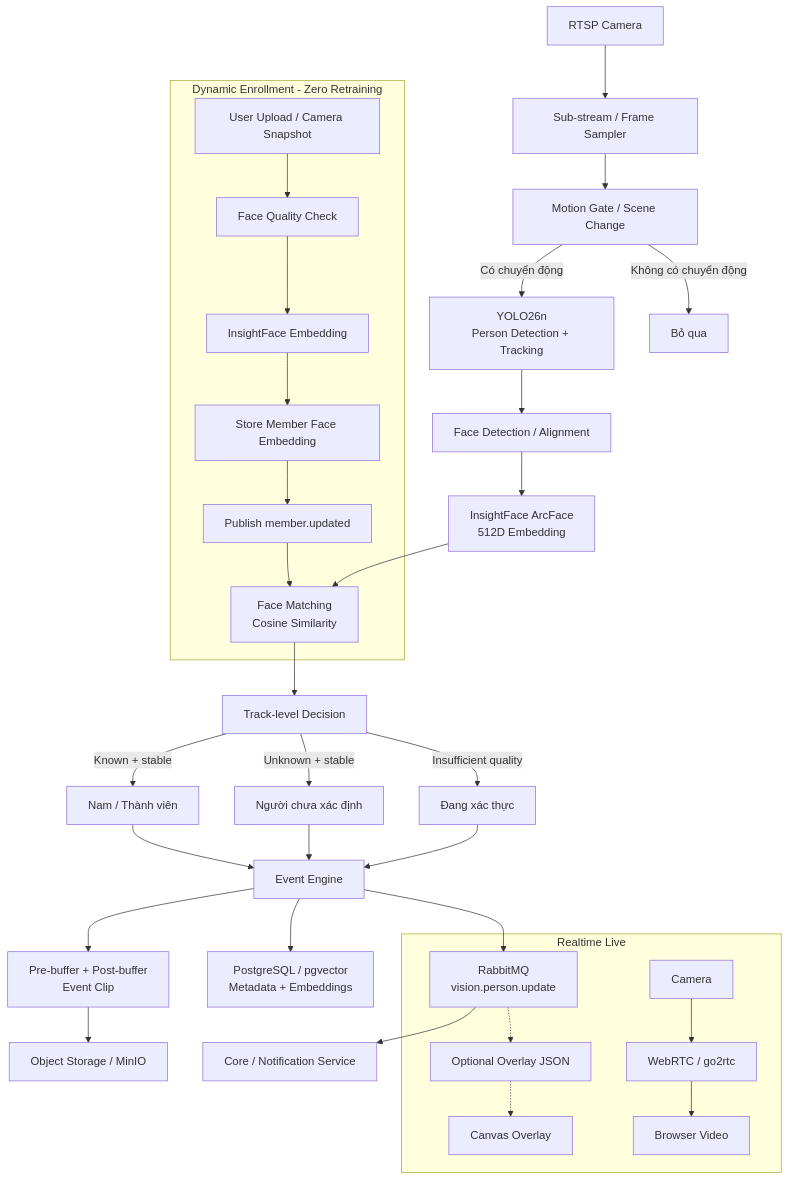
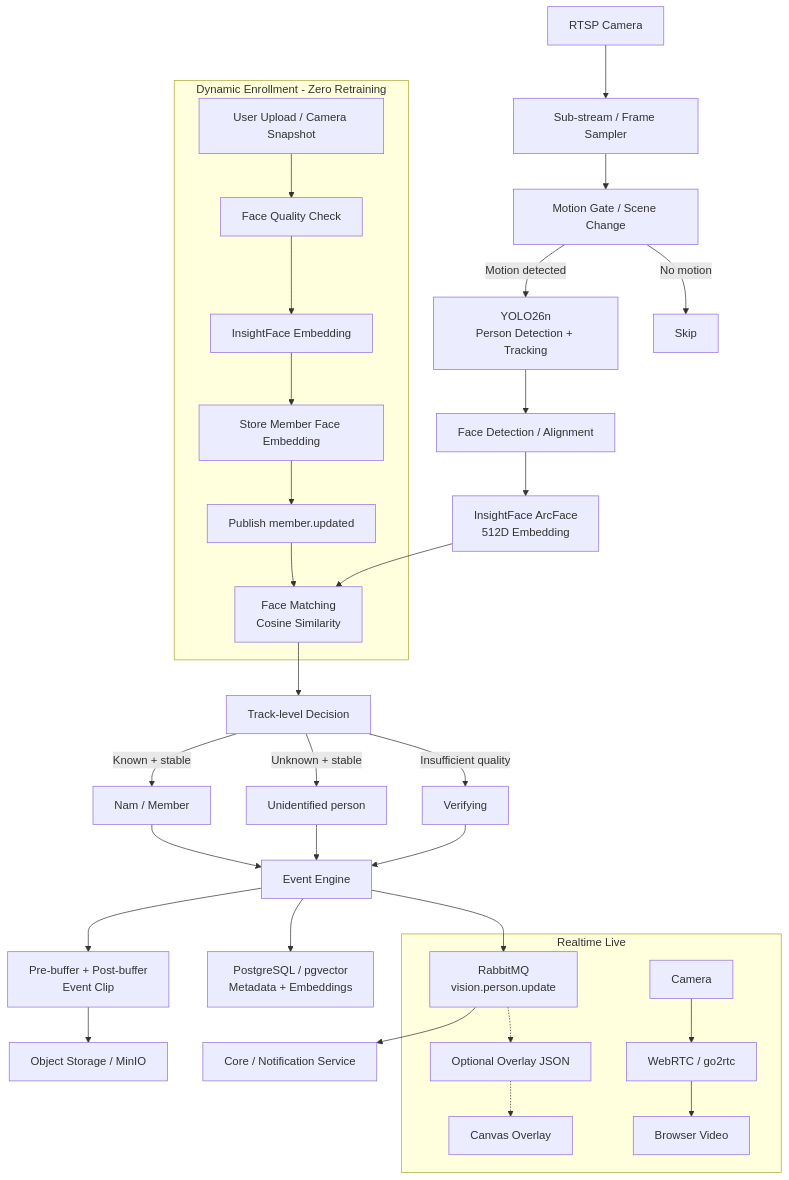
Before and after one commit to HubSight/hubsight: the diagram in docs/FACE_RECOGNITION_INSIGHTFACE_PLAN_REVISED.md, drawn with Mermaid. The commit also changed other lines of this file and 11 other files, not shown here.

````diff
--- a/docs/FACE_RECOGNITION_INSIGHTFACE_PLAN_REVISED.md
+++ b/docs/FACE_RECOGNITION_INSIGHTFACE_PLAN_REVISED.md
@@ -27,39 +27,39 @@
 ```mermaid
 flowchart TD
     A["RTSP Camera"] --> B["Sub-stream / Frame Sampler"]
     B --> C["Motion Gate / Scene Change"]
-    C -->|Có chuyển động| D["YOLO26n\nPerson Detection + Tracking"]
-    C -->|Không có chuyển động| X["Bỏ qua"]
+    C -->|Motion detected| D["YOLO26n\nPerson Detection + Tracking"]
+    C -->|No motion| X["Skip"]
 
     D --> E["Face Detection / Alignment"]
     E --> F["InsightFace ArcFace\n512D Embedding"]
     F --> G["Face Matching\nCosine Similarity"]
     G --> H["Track-level Decision"]
 
-    H -->|Known + stable| I["Nam / Thành viên"]
-    H -->|Unknown + stable| J["Người chưa xác định"]
-    H -->|Insufficient quality| K["Đang xác thực"]
+    H -->|Known + stable| I["Nam / Member"]
+    H -->|Unknown + stable| J["Unidentified person"]
+    H -->|Insufficient quality| K["Verifying"]
 
     I & J & K --> L["Event Engine"]
     L --> M["Pre-buffer + Post-buffer\nEvent Clip"]
     M --> N["Object Storage / MinIO"]
     L --> O["PostgreSQL / pgvector\nMetadata + Embeddings"]
     L --> P["RabbitMQ\nvision.person.update"]
 
     P --> Q["Core / Notification Service"]
 
     subgraph Enrollment["Dynamic Enrollment - Zero Retraining"]
         R["User Upload / Camera Snapshot"] --> S["Face Quality Check"]
         S --> T["InsightFace Embedding"]
         T --> U["Store Member Face Embedding"]
         U --> V["Publish member.updated"]
         V --> G
     end
 
     subgraph Live["Realtime Live"]
         W["Camera"] --> Y["WebRTC / go2rtc"]
         Y --> Z["Browser Video"]
         P -.-> AA["Optional Overlay JSON"]
         AA -.-> AB["Canvas Overlay"]
     end
 ```
````
